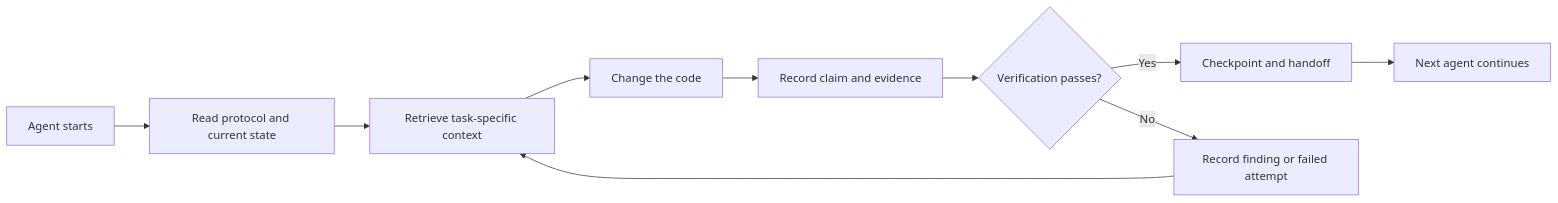
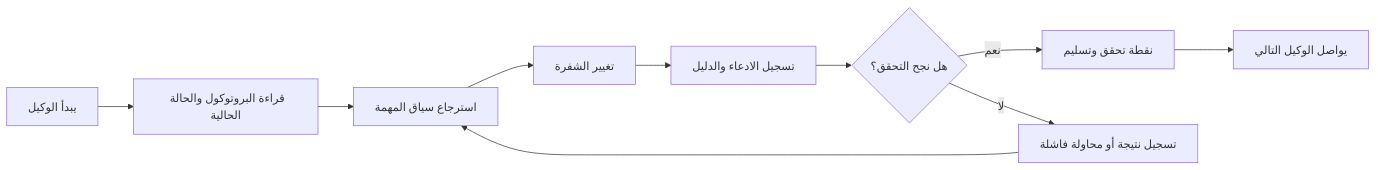
One commit to seekua/ArifCE changed the diagram in README.ar.md. Above: the diagram before and after it, drawn with Mermaid. The commit also changed 3 other files, not shown here.

Commit message:
docs: translate localized README diagrams

````diff
--- a/README.ar.md
+++ b/README.ar.md
@@ -42,12 +42,12 @@
 ```mermaid
 flowchart LR
-    A[Agent starts] --> B[Read protocol and current state]
-    B --> C[Retrieve task-specific context]
-    C --> D[Change the code]
-    D --> E[Record claim and evidence]
-    E --> F{Verification passes?}
-    F -- Yes --> G[Checkpoint and handoff]
-    F -- No --> H[Record finding or failed attempt]
+    A[يبدأ الوكيل] --> B[قراءة البروتوكول والحالة الحالية]
+    B --> C[استرجاع سياق المهمة]
+    C --> D[تغيير الشفرة]
+    D --> E[تسجيل الادعاء والدليل]
+    E --> F{هل نجح التحقق؟}
+    F -- نعم --> G[نقطة تحقق وتسليم]
+    F -- لا --> H[تسجيل نتيجة أو محاولة فاشلة]
     H --> C
-    G --> I[Next agent continues]
+    G --> I[يواصل الوكيل التالي]
 ```
````
